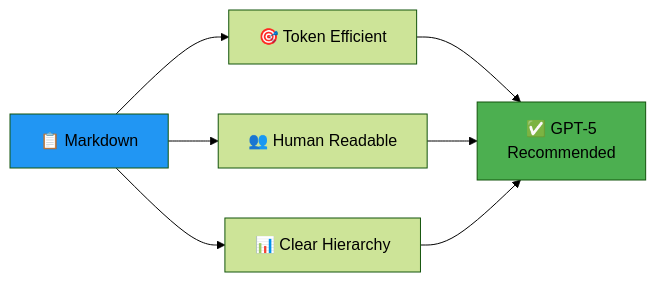
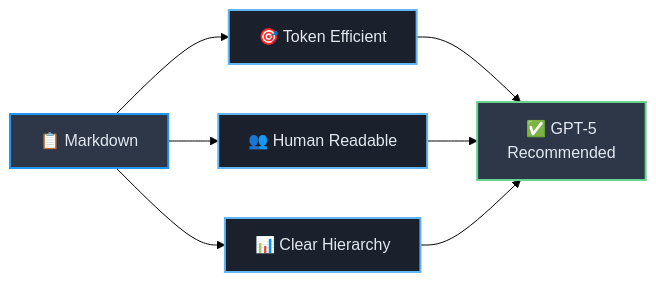
Before and after one commit to josemlopez/prompt_tutorial: the second of 5 diagrams in Part_I_Section_2_Structuring_Prompts_A_Comparative_Analysis_of_Delimiters.md, drawn with Mermaid (forest theme). The commit also changed other lines of this file and 7 other files, not shown here.

````diff
--- a/Part_I_Section_2_Structuring_Prompts_A_Comparative_Analysis_of_Delimiters.md
+++ b/Part_I_Section_2_Structuring_Prompts_A_Comparative_Analysis_of_Delimiters.md
@@ -44,13 +45,16 @@
 ```mermaid
 graph LR
-    A[📋 Markdown] --> B[🎯 Token Efficient]
-    A --> C[👥 Human Readable]
-    A --> D[📊 Clear Hierarchy]
-    
-    B --> E[✅ GPT-5<br/>Recommended]
-    C --> E
-    D --> E
-    
-    style A fill:#2196f3
-    style E fill:#4caf50
+   A[📋 Markdown] --> B[🎯 Token Efficient]
+   A --> C[👥 Human Readable]
+   A --> D[📊 Clear Hierarchy]
+   
+   B --> E[✅ GPT-5<br/>Recommended]
+   C --> E
+   D --> E
+   
+   style A fill:#2d3748,stroke:#2196f3,stroke-width:2px,color:#e2e8f0
+   style B fill:#1a202c,stroke:#64b5f6,stroke-width:2px,color:#e2e8f0
+   style C fill:#1a202c,stroke:#64b5f6,stroke-width:2px,color:#e2e8f0
+   style D fill:#1a202c,stroke:#64b5f6,stroke-width:2px,color:#e2e8f0
+   style E fill:#2d3748,stroke:#68d391,stroke-width:2px,color:#e2e8f0
 ```
````
